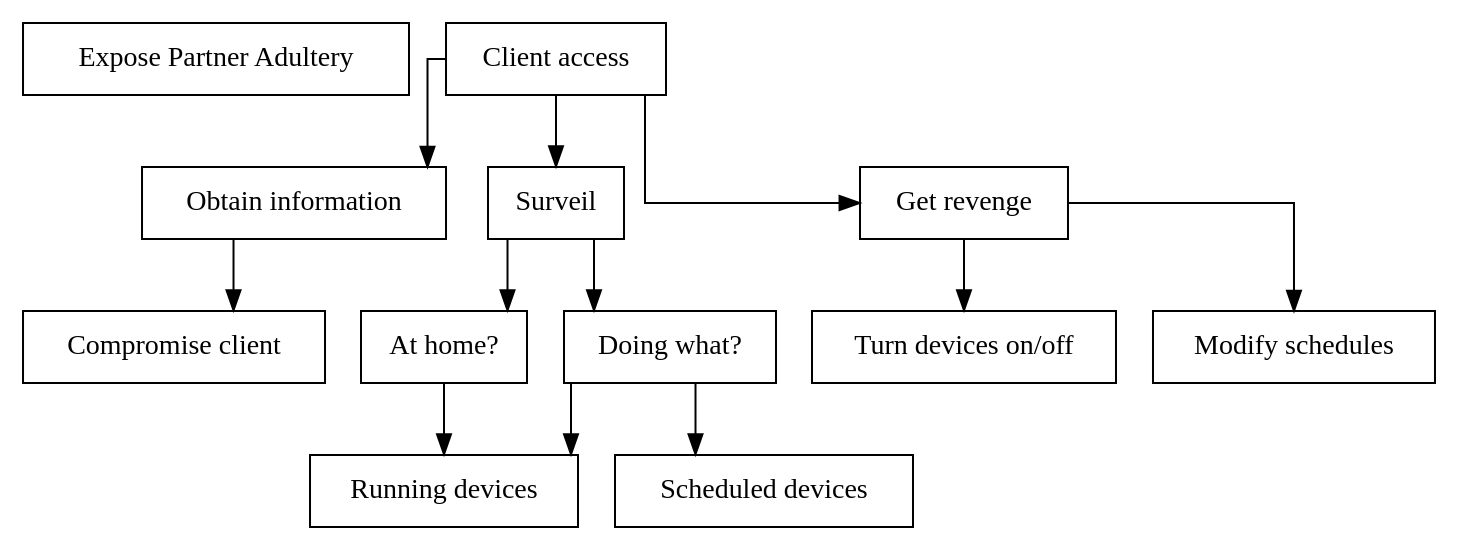
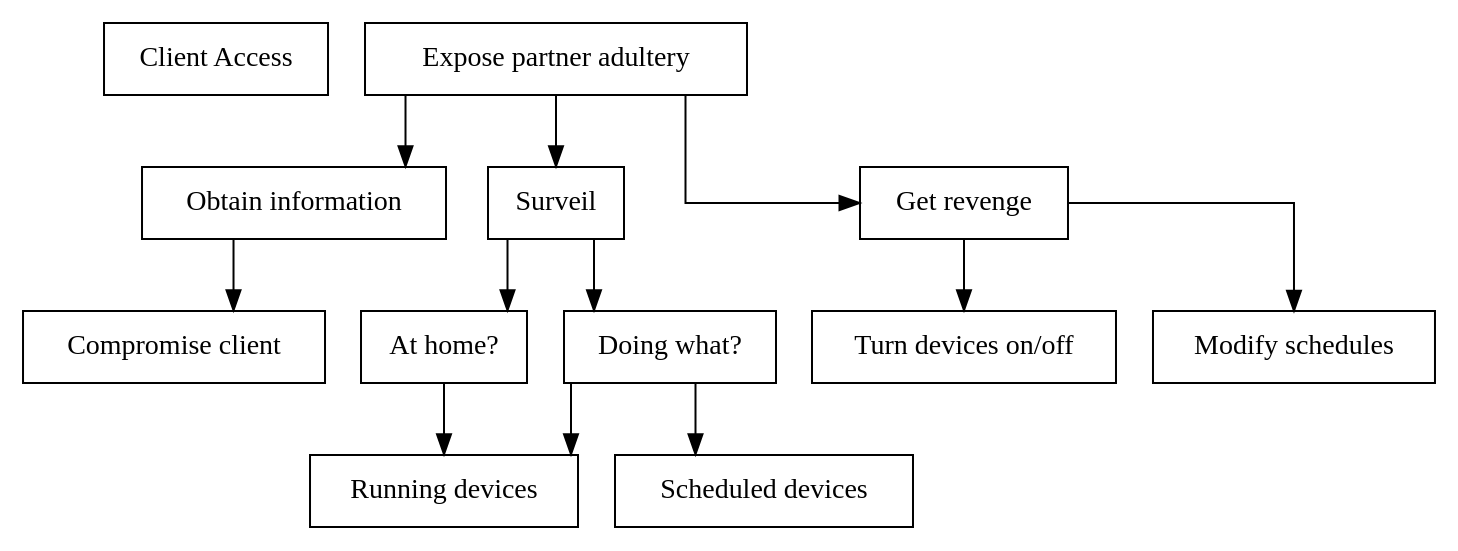
One commit to des904e15/report changed the diagram in figures/graphviz/partner_vs_consumer_client.dot. Above: the diagram before and after it, drawn with Graphviz. The commit also changed 11 other files, not shown here.

Commit message:
Applied attacktree tool to partner attack trees

```diff
--- a/figures/graphviz/partner_vs_consumer_client.dot
+++ b/figures/graphviz/partner_vs_consumer_client.dot
@@ -1,39 +1,39 @@
 digraph finite_state_machine {
   node [shape = rectangle];
   graph [splines=ortho];
 
-  attack[label="Expose Partner Adultery"];
-  client_access[label = "Client access",shape=AND];
+  attack[label="Client Access"];
+  root[label = "Expose partner adultery",shape=AND];
 
   obtain_info[label="Obtain information"];
-  client_access->obtain_info;
+  root->obtain_info;
 
     compromise_client[label="Compromise client"];
     obtain_info->compromise_client;
 
   surveil[label="Surveil",shape=OR];
-  client_access->surveil;
+  root->surveil;
 
     at_home[label="At home?"];
     surveil->at_home
 
       running_devices[label="Running devices"];
       at_home->running_devices;
 
     doing_what[label="Doing what?",shape=OR];
     surveil->doing_what;
 
       doing_what->running_devices;
 
       scheduled_devices[label="Scheduled devices"];
       doing_what->scheduled_devices;
 
   revenge[label="Get revenge",shape=OR];
-  client_access->revenge;
+  root->revenge;
 
     turn_onoff[label="Turn devices on/off"];
     revenge->turn_onoff;
 
     modify_schedules[label="Modify schedules"];
     revenge->modify_schedules;
 }
```
